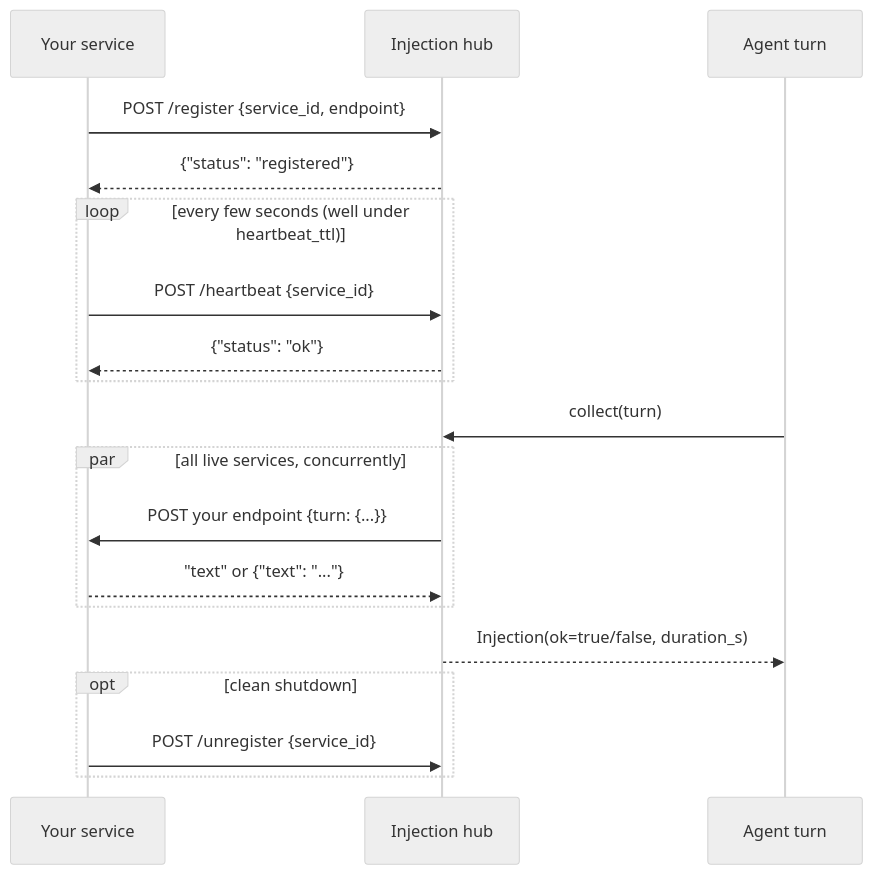
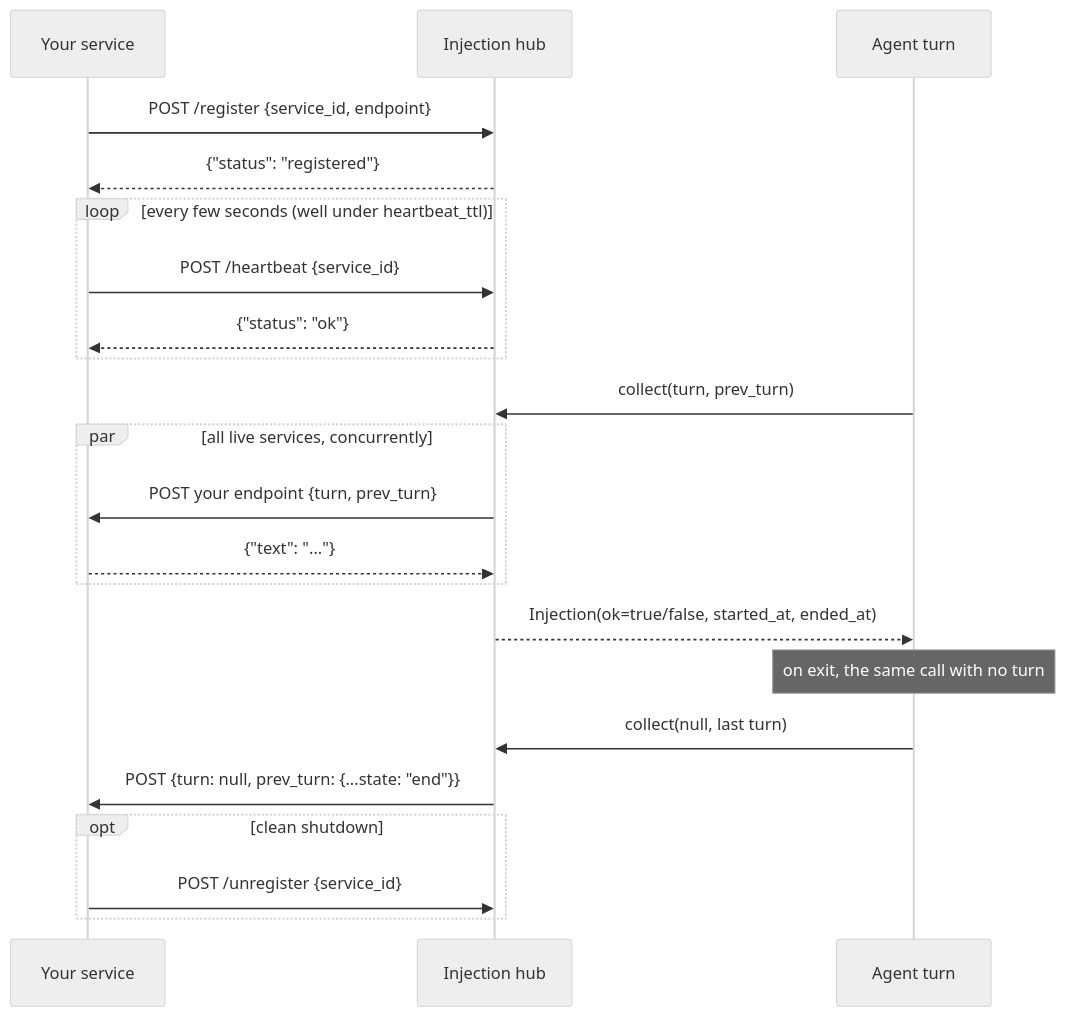
The first of 3 diagrams in docs/for-service-authors/injection-service.md (DarkSpaceY/NAN-itself), drawn with Mermaid (neutral theme) before and after one commit. The commit also changed other lines of this file and 44 other files, not shown here.

````diff
--- a/docs/for-service-authors/injection-service.md
+++ b/docs/for-service-authors/injection-service.md
@@ -10,25 +10,29 @@
 ```mermaid
 sequenceDiagram
     participant S as Your service
     participant H as Injection hub
     participant A as Agent turn
 
     S->>H: POST /register {service_id, endpoint}
     H-->>S: {"status": "registered"}
 
     loop every few seconds (well under heartbeat_ttl)
         S->>H: POST /heartbeat {service_id}
         H-->>S: {"status": "ok"}
     end
 
-    A->>H: collect(turn)
+    A->>H: collect(turn, prev_turn)
     par all live services, concurrently
-        H->>S: POST your endpoint {turn: {...}}
-        S-->>H: "text" or {"text": "..."}
+        H->>S: POST your endpoint {turn, prev_turn}
+        S-->>H: {"text": "..."}
     end
-    H-->>A: Injection(ok=true/false, duration_s)
+    H-->>A: Injection(ok=true/false, started_at, ended_at)
+
+    Note over A: on exit, the same call with no turn
+    A->>H: collect(null, last turn)
+    H->>S: POST {turn: null, prev_turn: {...state: "end"}}
 
     opt clean shutdown
         S->>H: POST /unregister {service_id}
     end
 ```
````
